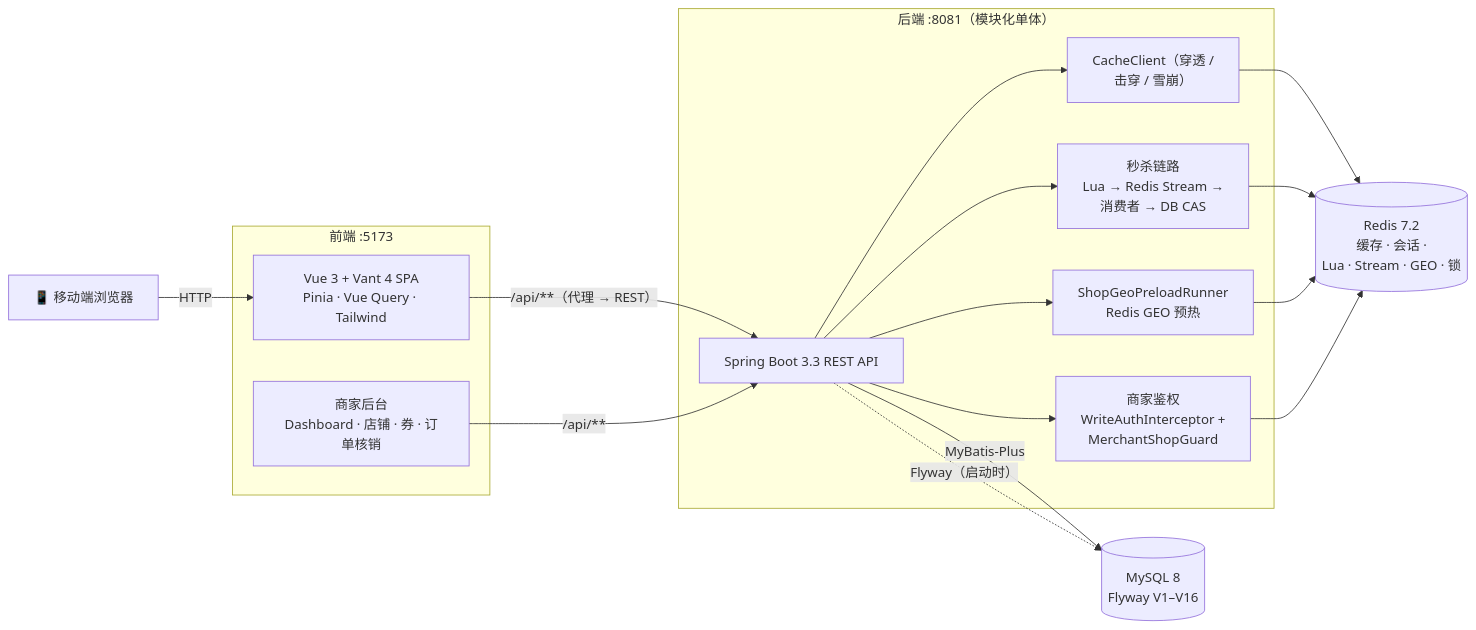
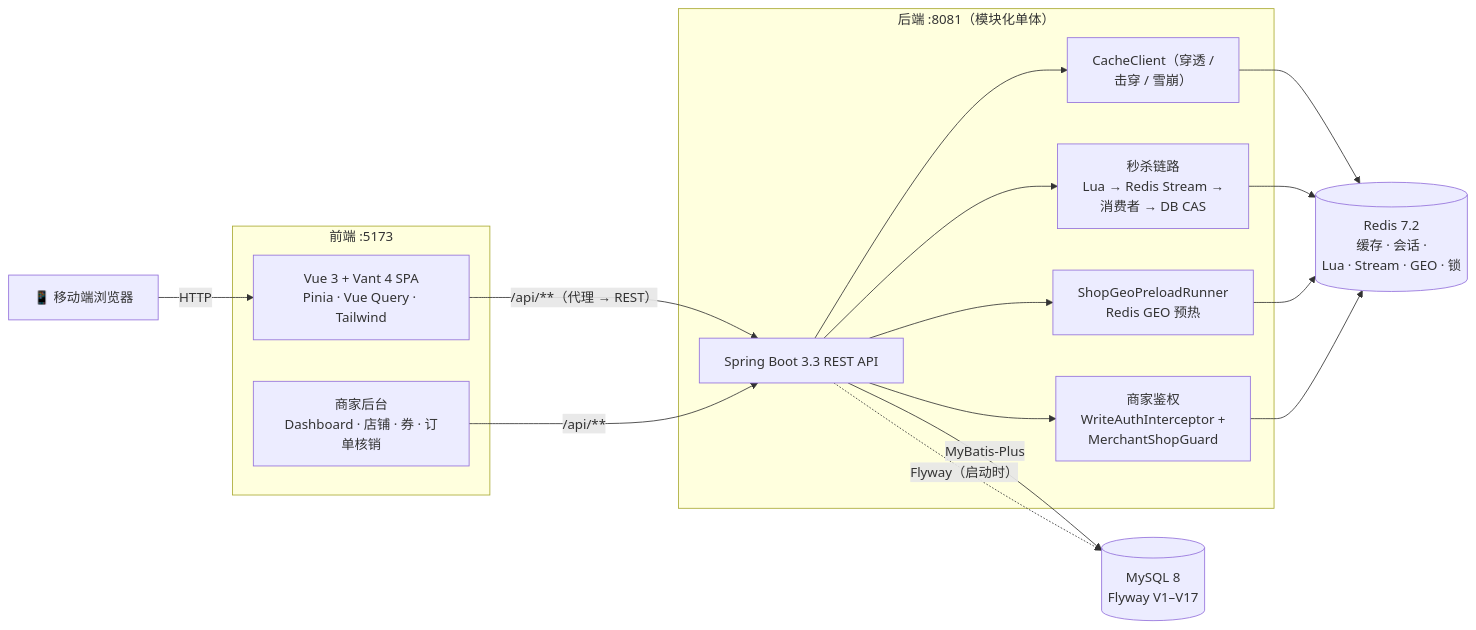
One commit to SHADE-glitch/bendi-shenghuo-fuwu-pingtai changed the diagram in README.zh-CN.md. Above: the diagram before and after it, drawn with Mermaid. The commit also changed other lines of this file and 1 other file, not shown here.

````diff
--- a/README.zh-CN.md
+++ b/README.zh-CN.md
@@ -51,34 +51,34 @@
 ```mermaid
 flowchart LR
     U["📱 移动端浏览器"]
 
     subgraph FE["前端 :5173"]
         V["Vue 3 + Vant 4 SPA<br/>Pinia · Vue Query · Tailwind"]
         M["商家后台<br/>Dashboard · 店铺 · 券 · 订单核销"]
     end
 
     subgraph BE["后端 :8081（模块化单体）"]
         A["Spring Boot 3.3 REST API"]
         C["CacheClient（穿透 /<br/>击穿 / 雪崩）"]
         S["秒杀链路<br/>Lua → Redis Stream →<br/>消费者 → DB CAS"]
         G["ShopGeoPreloadRunner<br/>Redis GEO 预热"]
         P["商家鉴权<br/>WriteAuthInterceptor +<br/>MerchantShopGuard"]
     end
 
-    DB[("MySQL 8<br/>Flyway V1–V16")]
+    DB[("MySQL 8<br/>Flyway V1–V17")]
     RD[("Redis 7.2<br/>缓存 · 会话 ·<br/>Lua · Stream · GEO · 锁")]
 
     U -->|HTTP| V
     V -->|"/api/**（代理 → REST）"| A
     M -->|"/api/**"| A
     A --> C
     A --> S
     A --> G
     A --> P
     C --> RD
     S --> RD
     G --> RD
     P --> RD
     A -->|MyBatis-Plus| DB
     A -.->|"Flyway（启动时）"| DB
 ```
````
